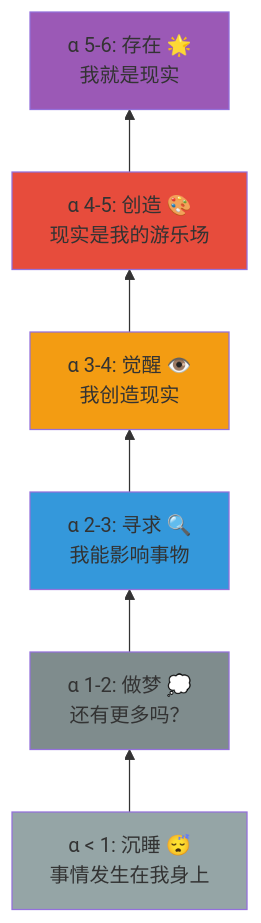
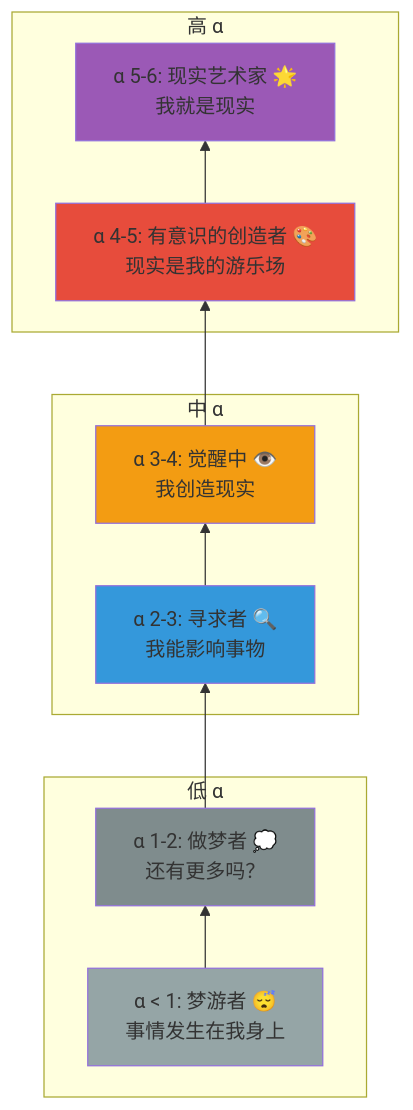
The fourth of 9 diagrams in doc/libs/alltheory/psi-awakening-theory/popular-guide/diagrams.md (xinetzone/tao), drawn with Mermaid before and after one commit. The commit also changed other lines of this file and 2 other files, not shown here.

Commit message:
feat(docs): 优化文档图表显示并添加mermaid配置
添加mermaid图表样式优化和初始化配置，改进文档中图表的显示效果
重构部分mermaid图表代码结构，增强可读性
添加移动端适配和错误处理逻辑

````diff
--- a/doc/libs/alltheory/psi-awakening-theory/popular-guide/diagrams.md
+++ b/doc/libs/alltheory/psi-awakening-theory/popular-guide/diagrams.md
@@ -82,22 +84,30 @@
 ```{mermaid}
 graph BT
-    A1["α < 1: 沉睡 😴<br/>事情发生在我身上"]
-    A2["α 1-2: 做梦 💭<br/>还有更多吗？"]
-    A3["α 2-3: 寻求 🔍<br/>我能影响事物"]
-    A4["α 3-4: 觉醒 👁️<br/>我创造现实"]
-    A5["α 4-5: 创造 🎨<br/>现实是我的游乐场"]
-    A6["α 5-6: 存在 🌟<br/>我就是现实"]
+    subgraph "高 α"
+        A6["α 5-6: 现实艺术家 🌟<br/>我就是现实"]
+        A5["α 4-5: 有意识的创造者 🎨<br/>现实是我的游乐场"]
+    end
+    
+    subgraph "中 α"
+        A4["α 3-4: 觉醒中 👁️<br/>我创造现实"]
+        A3["α 2-3: 寻求者 🔍<br/>我能影响事物"]
+    end
+    
+    subgraph "低 α"
+        A2["α 1-2: 做梦者 💭<br/>还有更多吗？"]
+        A1["α < 1: 梦游者 😴<br/>事情发生在我身上"]
+    end
     
     A1 --> A2
     A2 --> A3
     A3 --> A4
     A4 --> A5
     A5 --> A6
     
     style A1 fill:#95a5a6
     style A2 fill:#7f8c8d
     style A3 fill:#3498db
     style A4 fill:#f39c12
     style A5 fill:#e74c3c
     style A6 fill:#9b59b6
 ```
````
